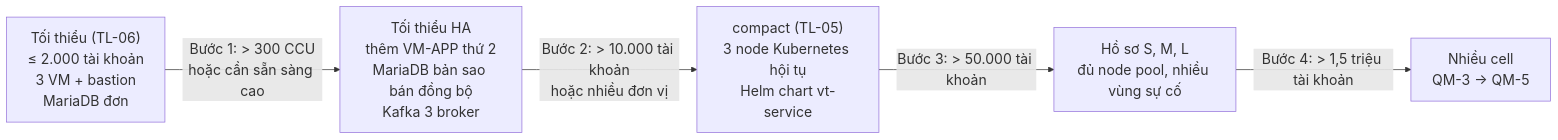
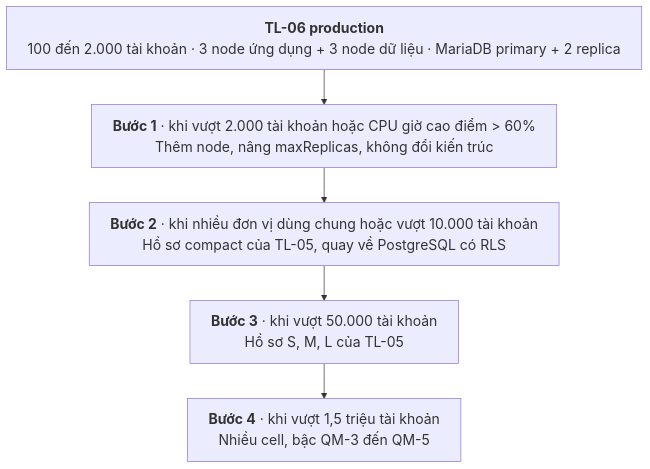
One commit to caprocute/mission-web changed the diagram in docs/thiet-ke/assets/tl06/h7-nang-cap.mmd. Above: the diagram before and after it, drawn with Mermaid. The commit also changed 23 other files, not shown here.

First line of the commit message:
TL-06: viết lại LLD theo mô hình production HA cho 1 đơn vị 100 người

```diff
--- a/docs/thiet-ke/assets/tl06/h7-nang-cap.mmd
+++ b/docs/thiet-ke/assets/tl06/h7-nang-cap.mmd
@@ -1,6 +1,8 @@
-%%{init: {"themeVariables":{"fontSize":"20px"}}}%%
-flowchart LR
-  A["Tối thiểu (TL-06)<br/>≤ 2.000 tài khoản<br/>3 VM + bastion<br/>MariaDB đơn"] -->|"Bước 1: > 300 CCU<br/>hoặc cần sẵn sàng cao"| B["Tối thiểu HA<br/>thêm VM-APP thứ 2<br/>MariaDB bản sao bán đồng bộ<br/>Kafka 3 broker"]
-  B -->|"Bước 2: > 10.000 tài khoản<br/>hoặc nhiều đơn vị"| C["compact (TL-05)<br/>3 node Kubernetes hội tụ<br/>Helm chart vt-service"]
-  C -->|"Bước 3: > 50.000 tài khoản"| D["Hồ sơ S, M, L<br/>đủ node pool, nhiều vùng sự cố"]
-  D -->|"Bước 4: > 1,5 triệu tài khoản"| E["Nhiều cell<br/>QM-3 → QM-5"]
+%%{init: {"themeVariables":{"fontSize":"20px"},"flowchart":{"wrappingWidth":900}}}%%
+flowchart TB
+  A["<b>TL-06 production</b><br/>100 đến 2.000 tài khoản · 3 node ứng dụng + 3 node dữ liệu · MariaDB primary + 2 replica"]
+  B["<b>Bước 1</b> · khi vượt 2.000 tài khoản hoặc CPU giờ cao điểm > 60%<br/>Thêm node, nâng maxReplicas, không đổi kiến trúc"]
+  C["<b>Bước 2</b> · khi nhiều đơn vị dùng chung hoặc vượt 10.000 tài khoản<br/>Hồ sơ compact của TL-05, quay về PostgreSQL có RLS"]
+  D["<b>Bước 3</b> · khi vượt 50.000 tài khoản<br/>Hồ sơ S, M, L của TL-05"]
+  E["<b>Bước 4</b> · khi vượt 1,5 triệu tài khoản<br/>Nhiều cell, bậc QM-3 đến QM-5"]
+  A --> B --> C --> D --> E
```
